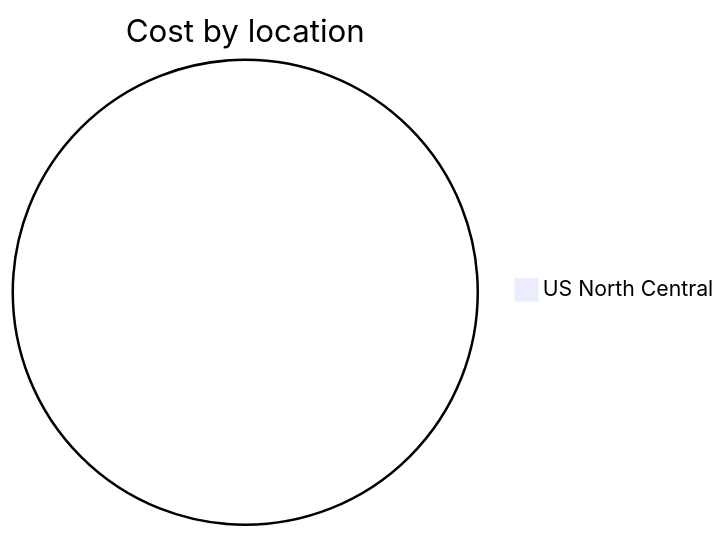
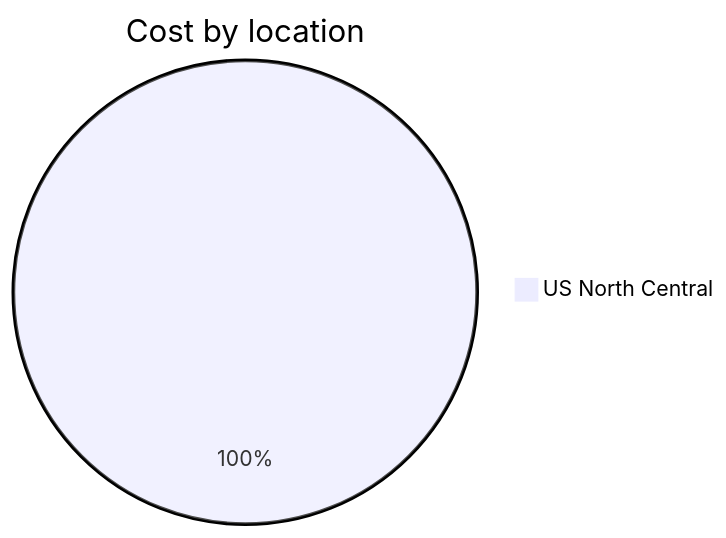
One commit to jpfulton/azure-personal-reports changed the third of 4 diagrams in cost-reports/personal-network/backupstorage32f3.md. Above: the diagram before and after it, drawn with Mermaid. The commit also changed other lines of this file and 17 other files, not shown here.

````diff
--- a/cost-reports/personal-network/backupstorage32f3.md
+++ b/cost-reports/personal-network/backupstorage32f3.md
@@ -47,5 +47,5 @@
 ```mermaid
 pie
    title Cost by location
-   "US North Central" : 0.00
+   "US North Central" : 2.42
 ```
````
